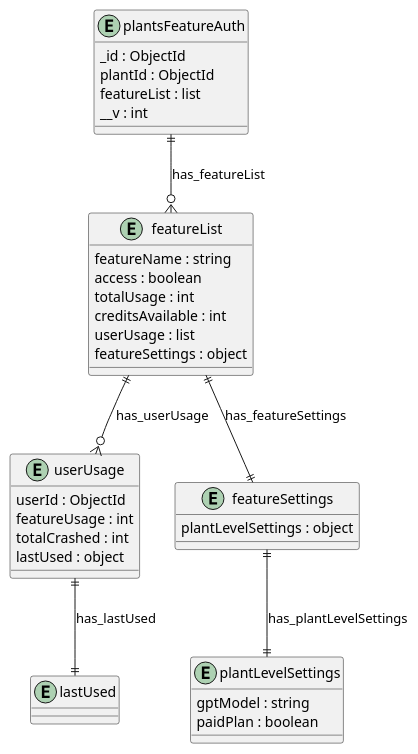
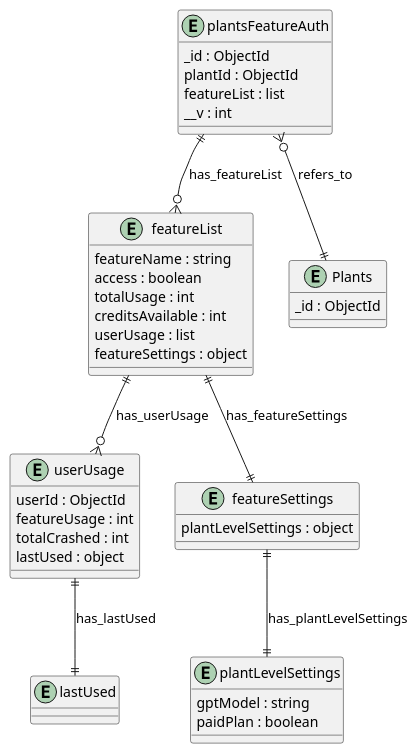
Before and after one commit to DigitalPaani/DigitalPaani_ERD: the diagram in erd_output/plantsFeatureAuth.puml, drawn with PlantUML. The commit also changed 208 other files, not shown here.

```diff
--- a/erd_output/plantsFeatureAuth.puml
+++ b/erd_output/plantsFeatureAuth.puml
@@ -1,44 +1,51 @@
 @startuml plantsFeatureAuth_Diagram
 
 entity "plantsFeatureAuth" as plantsFeatureAuth {
   _id : ObjectId
   plantId : ObjectId
   featureList : list
   __v : int
 }
 
 entity "featureList" as featureList {
   featureName : string
   access : boolean
   totalUsage : int
   creditsAvailable : int
   userUsage : list
   featureSettings : object
 }
 
 entity "userUsage" as userUsage {
   userId : ObjectId
   featureUsage : int
   totalCrashed : int
   lastUsed : object
 }
 
 entity "lastUsed" as lastUsed {
 }
 
 entity "featureSettings" as featureSettings {
   plantLevelSettings : object
 }
 
 entity "plantLevelSettings" as plantLevelSettings {
   gptModel : string
   paidPlan : boolean
 }
 
-' // Relationships
+
+' Shared Plant entity
+entity "Plants" as Plants {
+  _id : ObjectId
+}
+
+' Relationships
+plantsFeatureAuth }o--|| Plants : refers_to
 plantsFeatureAuth ||--o{ featureList : has_featureList
 featureList ||--o{ userUsage : has_userUsage
 userUsage ||--|| lastUsed : has_lastUsed
 featureList ||--|| featureSettings : has_featureSettings
 featureSettings ||--|| plantLevelSettings : has_plantLevelSettings
 @enduml
```
